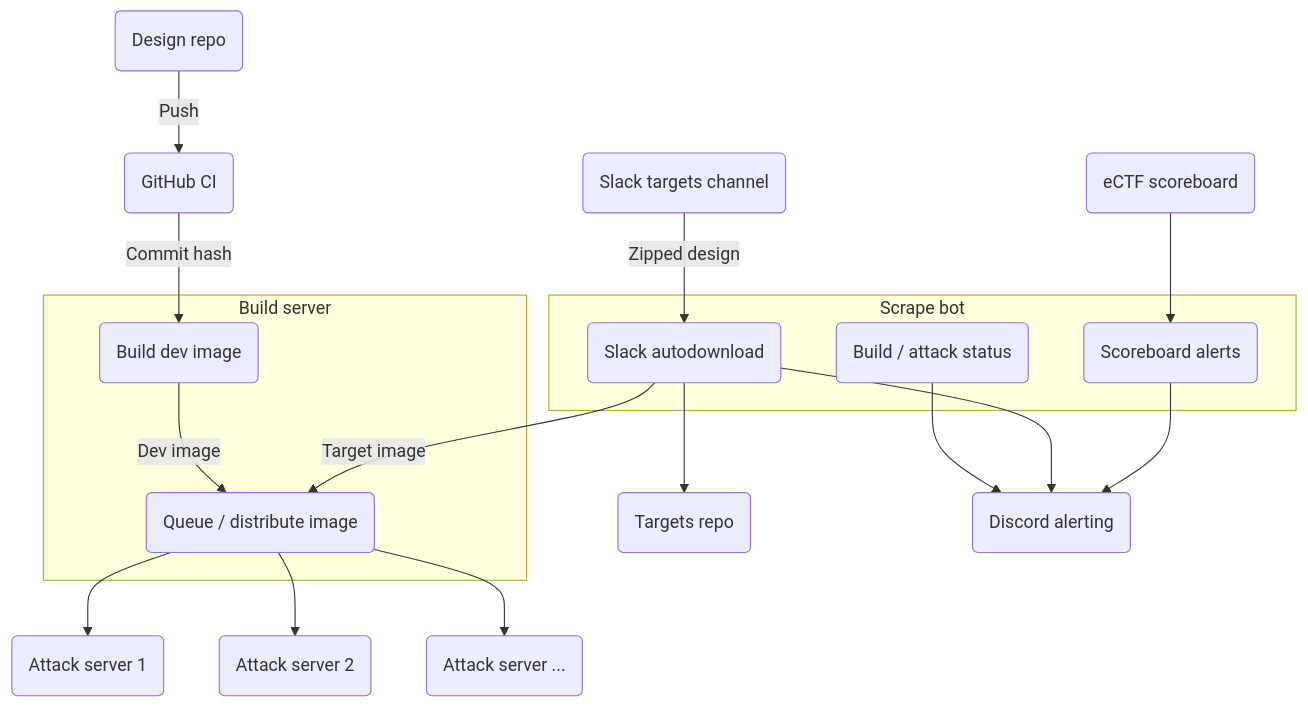
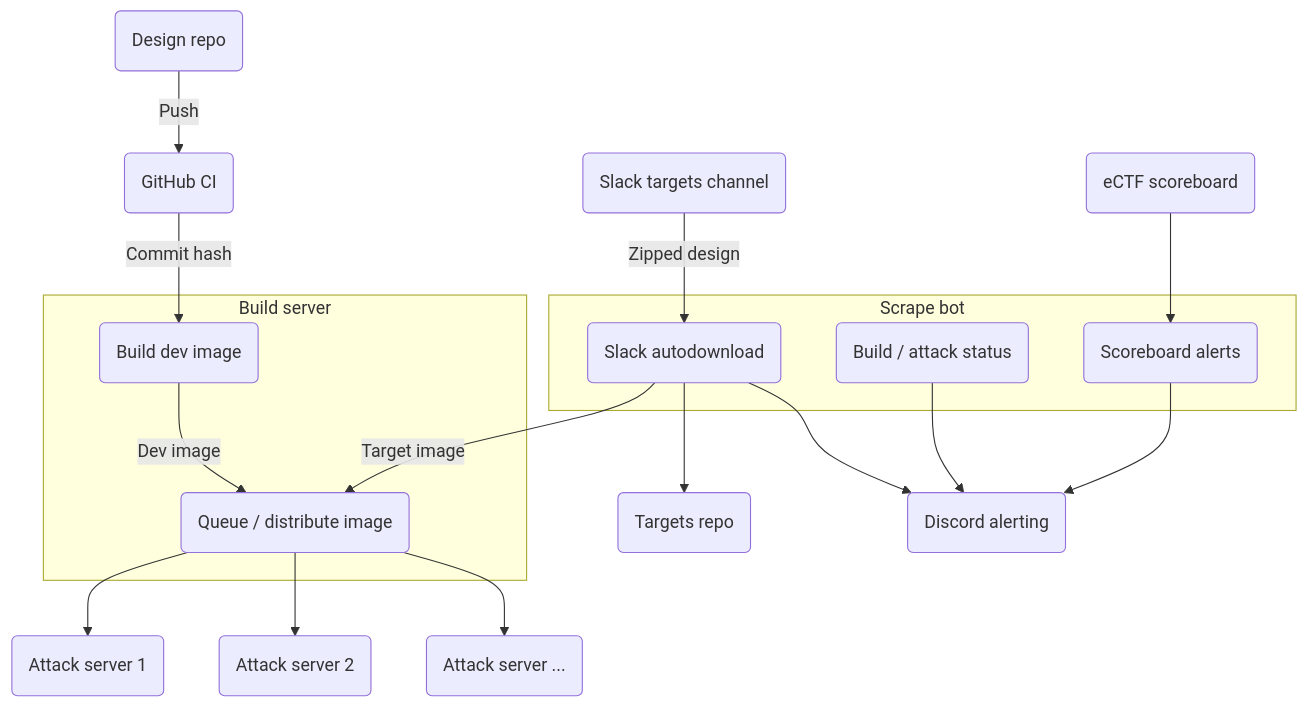
Before and after one commit to Purdue-eCTF/scrape-bot: the diagram in README.md, drawn with Mermaid. The commit also changed other lines of this file and 4 other files, not shown here.

````diff
--- a/README.md
+++ b/README.md
@@ -6,28 +6,28 @@
 ```mermaid
 graph TD;
     R(Design repo)-->|Push|CI(GitHub CI);
     CI-->|Commit hash|BS(Build dev image);
 
     subgraph bs [Build server];
     BS-->|Dev image|D(Queue / distribute image)
     end
     
     S(Slack targets channel)-->|Zipped design|SD(Slack autodownload);
     ES(eCTF scoreboard)-->SR(Scoreboard alerts);
 
     subgraph sb [Scrape bot];
     DBS(Build / attack status);
     SD;
     SR;
     end
 
     SD-->TR(Targets repo);
     SD-->|Target image|D;
-    DBS-->DS(Discord alerting);
-    SD-->DS;
+    SD-->DS(Discord alerting);
+    DBS-->DS;
     SR-->DS;
 
     D-->S1(Attack server 1);
     D-->S2(Attack server 2);
     D-->S3(Attack server ...);
 ```
````
